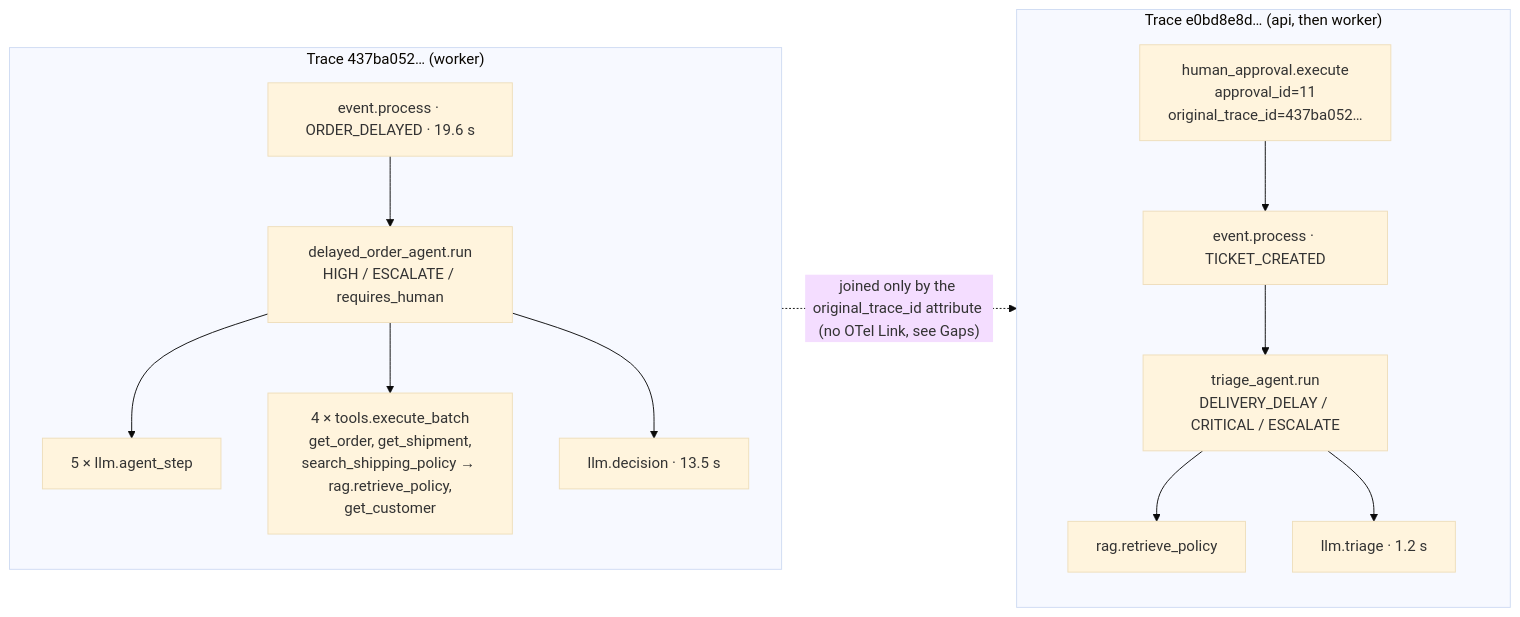
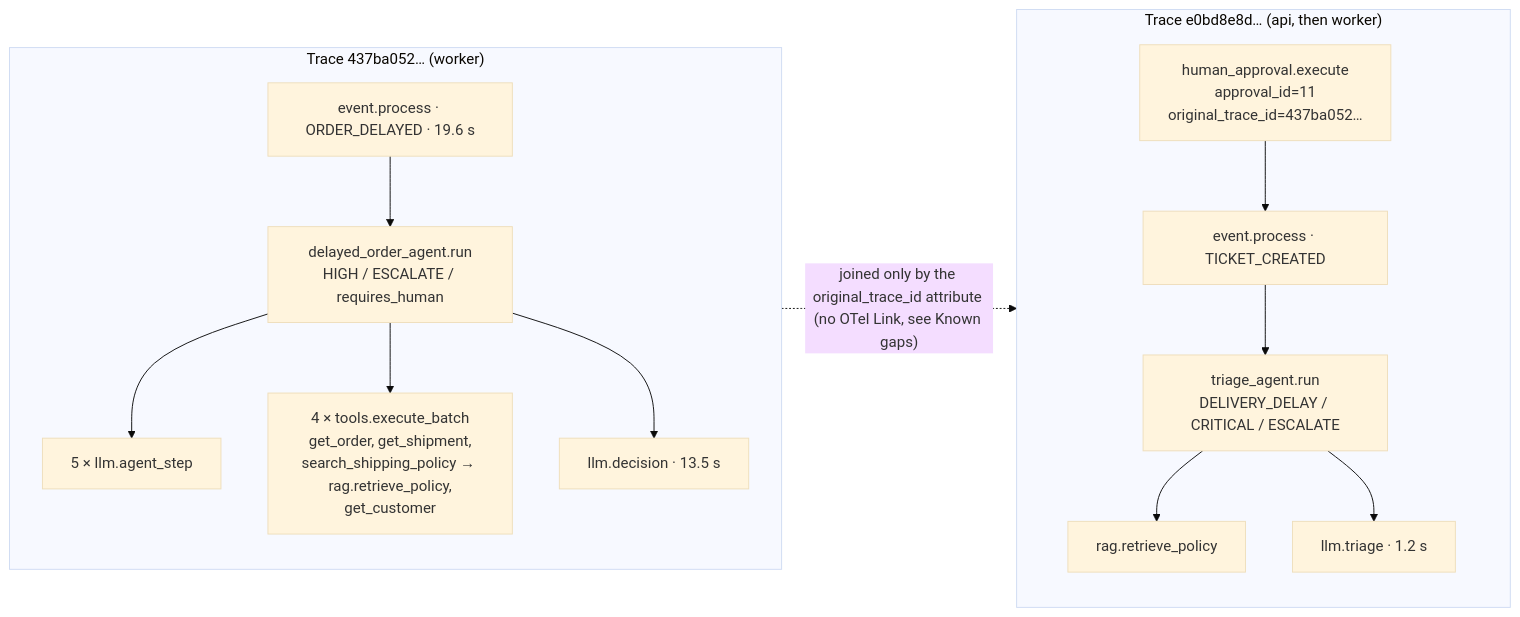
Before and after one commit to sandeshjung/ai-customer-operations: the third of 3 diagrams in ARCHITECTURE.md, drawn with Mermaid (base theme). The commit also changed other lines of this file and 4 other files, not shown here.

First line of the commit message:
docs: update README, ARCHITECTURE and CLAUDE.md; regenerate diagram

````diff
--- a/ARCHITECTURE.md
+++ b/ARCHITECTURE.md
@@ -398,18 +484,18 @@
 ```mermaid
 flowchart LR
     subgraph T1["Trace 437ba052… (worker)"]
         direction TB
         a1["event.process · ORDER_DELAYED · 19.6 s"] --> a2["delayed_order_agent.run<br/>HIGH / ESCALATE / requires_human"]
         a2 --> a3["5 × llm.agent_step"]
         a2 --> a4["4 × tools.execute_batch<br/>get_order, get_shipment,<br/>search_shipping_policy → rag.retrieve_policy,<br/>get_customer"]
         a2 --> a5["llm.decision · 13.5 s"]
     end
     subgraph T2["Trace e0bd8e8d… (api, then worker)"]
         direction TB
         b1["human_approval.execute<br/>approval_id=11<br/>original_trace_id=437ba052…"] --> b2["event.process · TICKET_CREATED"]
         b2 --> b3["triage_agent.run<br/>DELIVERY_DELAY / CRITICAL / ESCALATE"]
         b3 --> b4["rag.retrieve_policy"]
         b3 --> b5["llm.triage · 1.2 s"]
     end
-    T1 -. "joined only by the original_trace_id attribute (no OTel Link, see Gaps)" .-> T2
+    T1 -. "joined only by the original_trace_id attribute (no OTel Link, see Known gaps)" .-> T2
 ```
````
